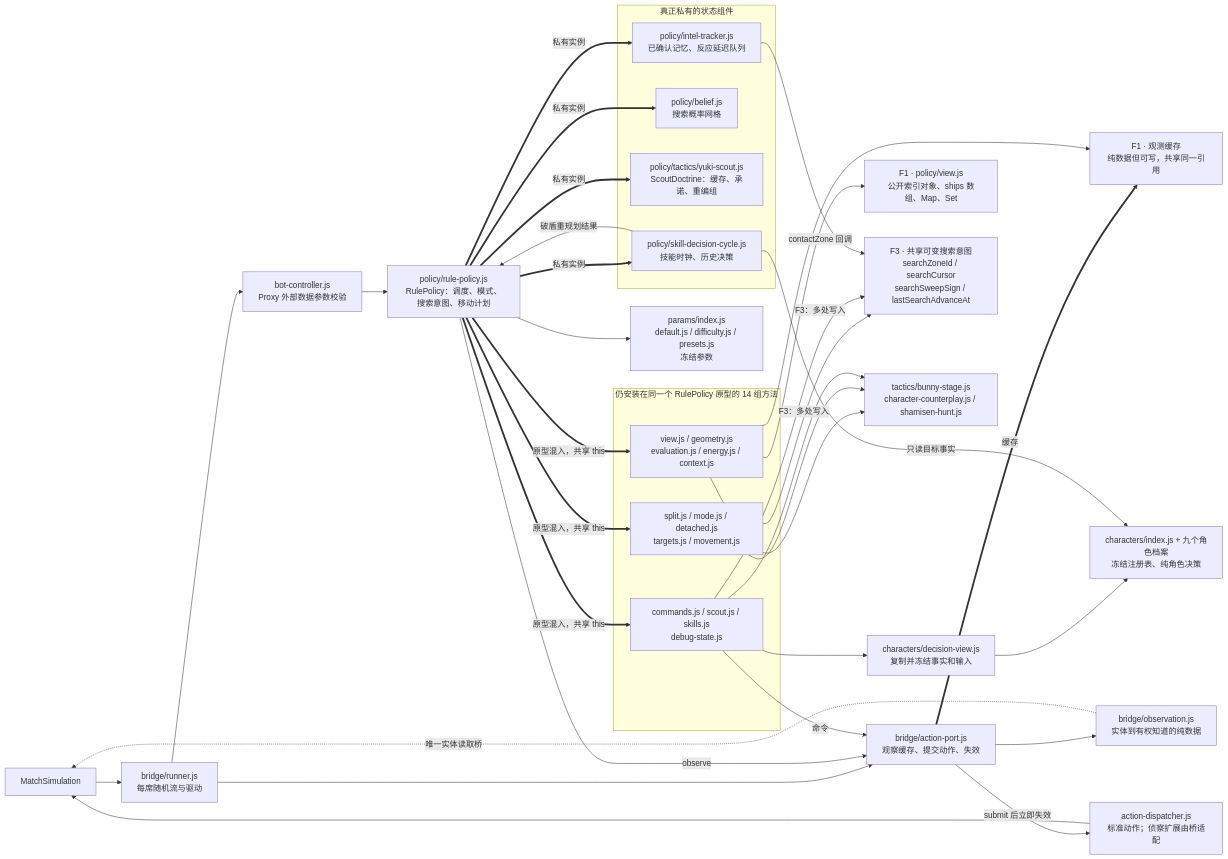
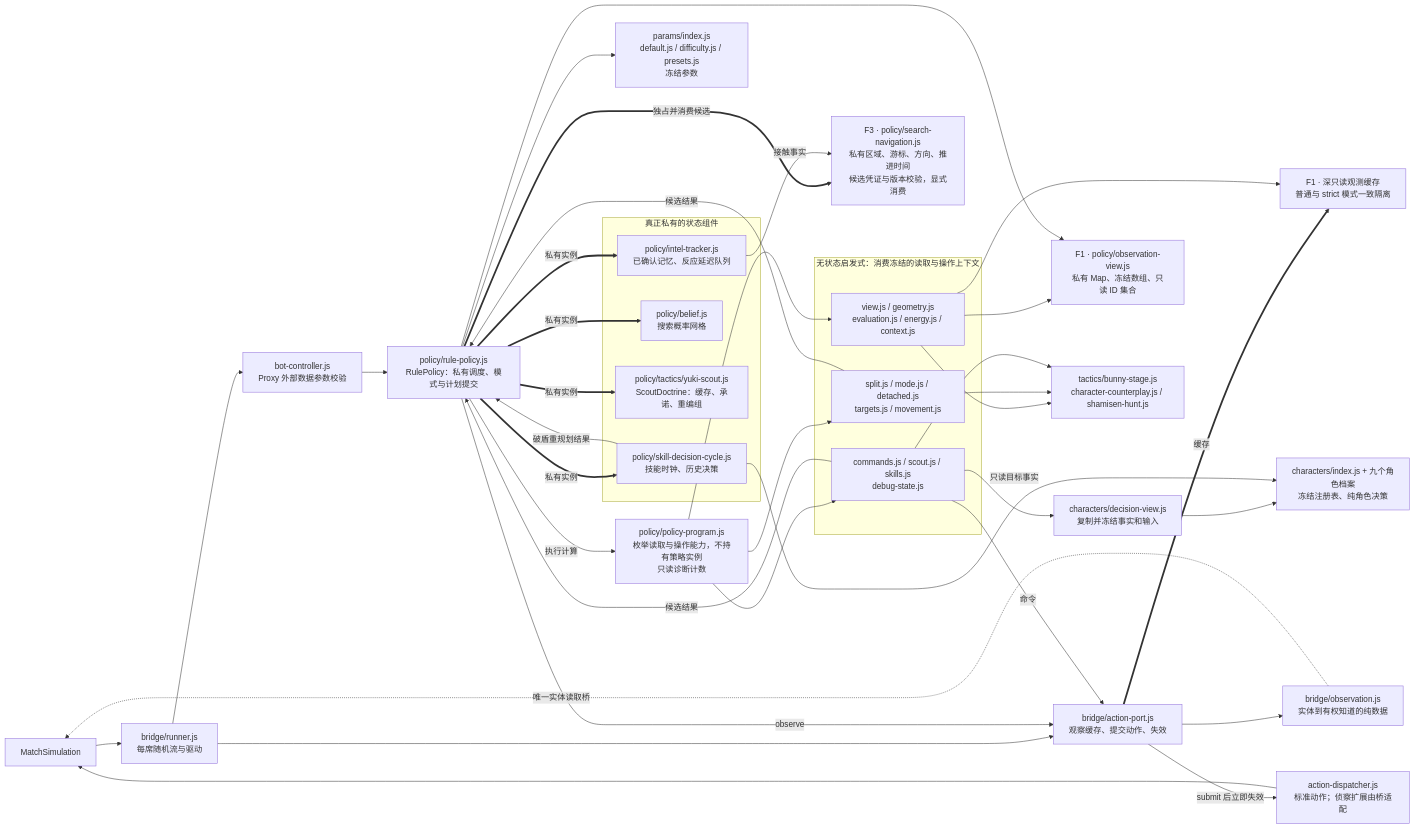
One commit to Haruhi-Labs/TDOS changed the fifth of 8 diagrams in docs/architecture-map.md. Above: the diagram before and after it, drawn with Mermaid. The commit also changed other lines of this file and 4 other files, not shown here.

Commit message:
docs(architecture): 更新状态所有权地图与完整验收证据

````diff
--- a/docs/architecture-map.md
+++ b/docs/architecture-map.md
@@ -249,48 +253,52 @@
 ```mermaid
 flowchart LR
   MATCH["MatchSimulation"]
   RUN["bridge/runner.js<br/>每席随机流与驱动"]
   BOT["bot-controller.js<br/>Proxy 外部数据参数校验"]
-  RP["policy/rule-policy.js<br/>RulePolicy：调度、模式、搜索意图、移动计划"]
+  RP["policy/rule-policy.js<br/>RulePolicy：私有调度、模式与计划提交"]
   OBSBUILD["bridge/observation.js<br/>实体到有权知道的纯数据"]
   PORT["bridge/action-port.js<br/>观察缓存、提交动作、失效"]
-  OBS["F1 · 观测缓存<br/>纯数据但可写，共享同一引用"]
-  INDEX["F1 · policy/view.js<br/>公开索引对象、ships 数组、Map、Set"]
+  OBS["F1 · 深只读观测缓存<br/>普通与 strict 模式一致隔离"]
+  INDEX["F1 · policy/observation-view.js<br/>私有 Map、冻结数组、只读 ID 集合"]
   PARAM["params/index.js<br/>default.js / difficulty.js / presets.js<br/>冻结参数"]
   subgraph private[真正私有的状态组件]
     INTEL["policy/intel-tracker.js<br/>已确认记忆、反应延迟队列"]
     BELIEF["policy/belief.js<br/>搜索概率网格"]
     SCOUT["policy/tactics/yuki-scout.js<br/>ScoutDoctrine：缓存、承诺、重编组"]
     SKILL["policy/skill-decision-cycle.js<br/>技能时钟、历史决策"]
   end
-  subgraph mixins[仍安装在同一个 RulePolicy 原型的 14 组方法]
+  subgraph heuristics[无状态启发式：消费冻结的读取与操作上下文]
     READ["view.js / geometry.js<br/>evaluation.js / energy.js / context.js"]
     PLAN["split.js / mode.js / detached.js<br/>targets.js / movement.js"]
     ACT["commands.js / scout.js / skills.js<br/>debug-state.js"]
   end
-  SEARCH["F3 · 共享可变搜索意图<br/>searchZoneId / searchCursor<br/>searchSweepSign / lastSearchAdvanceAt"]
+  SEARCH["F3 · policy/search-navigation.js<br/>私有区域、游标、方向、推进时间<br/>候选凭证与版本校验，显式消费"]
   TACTIC["tactics/bunny-stage.js<br/>character-counterplay.js / shamisen-hunt.js"]
   FACT["characters/decision-view.js<br/>复制并冻结事实和输入"]
   PROFILE["characters/index.js + 九个角色档案<br/>冻结注册表、纯角色决策"]
   DISPATCH["action-dispatcher.js<br/>标准动作；侦察扩展由桥适配"]
   MATCH --> RUN
   RUN --> BOT --> RP
   RUN --> PORT
   PORT --> OBSBUILD
   OBSBUILD -.->|唯一实体读取桥| MATCH
   PORT ==>|缓存| OBS
   RP -->|observe| PORT
   READ --> OBS & INDEX
   RP --> PARAM
   RP ==>|私有实例| INTEL & BELIEF & SCOUT & SKILL
-  RP ==>|原型混入，共享 this| READ & PLAN & ACT
-  PLAN & ACT -->|F3：多处写入| SEARCH
-  INTEL -->|contactZone 回调| SEARCH
+  PROGRAM["policy/policy-program.js<br/>枚举读取与操作能力，不持有策略实例<br/>只读诊断计数"]
+  RP -->|执行计算| PROGRAM
+  PROGRAM --> READ & PLAN & ACT
+  PLAN & ACT -->|候选结果| RP
+  RP ==>|独占并消费候选| SEARCH
+  INTEL -->|接触事实| SEARCH
+  RP --> INDEX
   READ & PLAN & ACT --> TACTIC
   ACT --> FACT --> PROFILE
   SKILL -->|只读目标事实| PROFILE
   SKILL -->|破盾重规划结果| RP
   ACT -->|命令| PORT
   PORT -->|submit 后立即失效| DISPATCH
   DISPATCH --> MATCH
 ```
````
